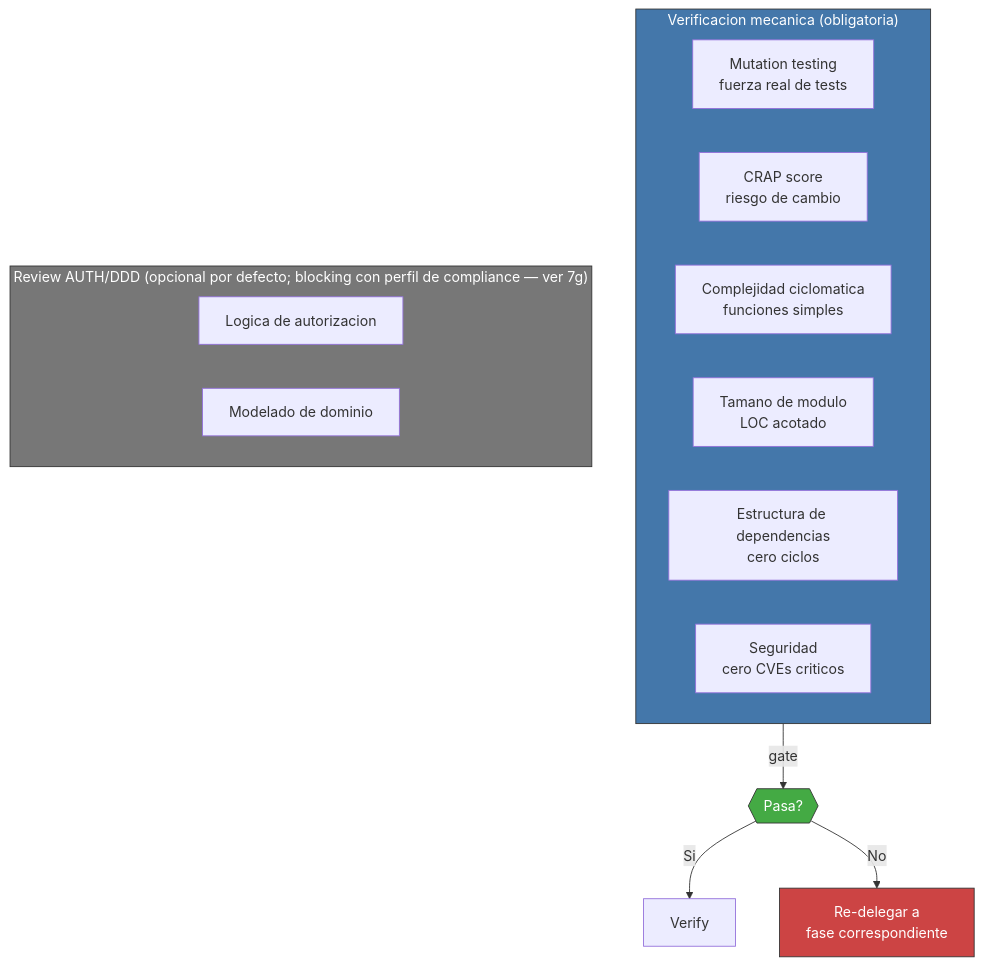
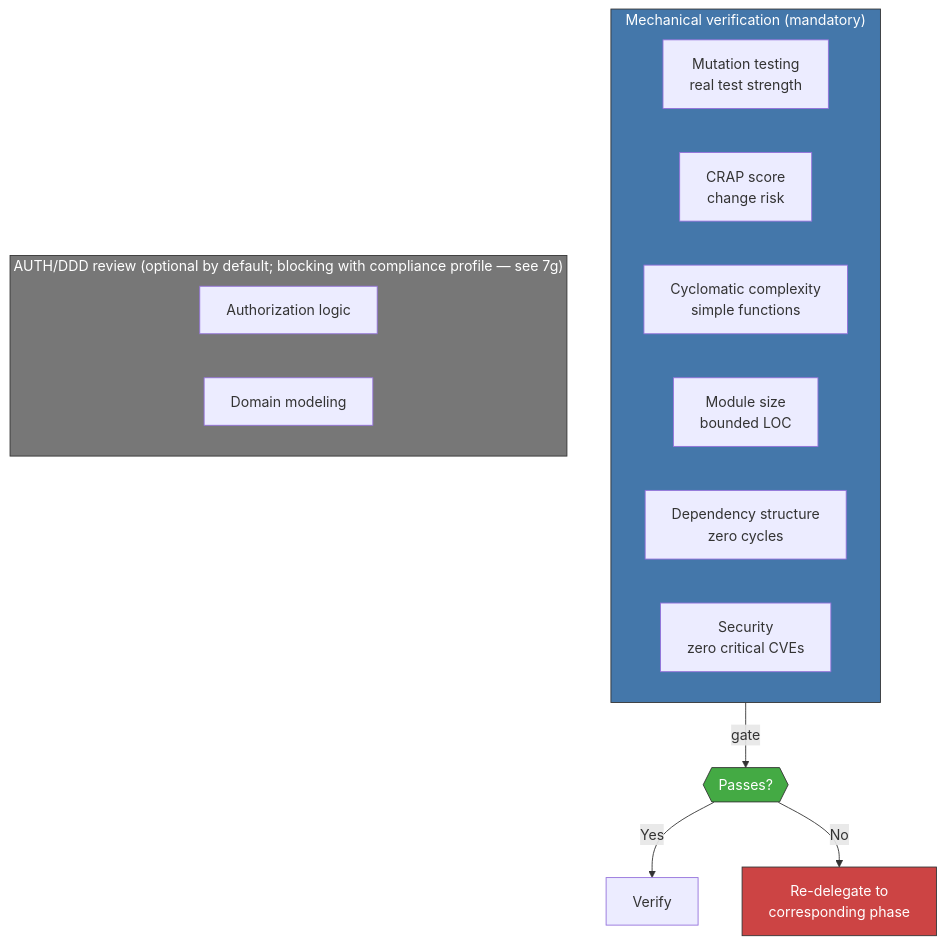
One commit to virgenherrera/virgil changed the diagram in principia/sections/32-mechanical-verification.md. Above: the diagram before and after it, drawn with Mermaid. The commit also changed other lines of this file and 42 other files, not shown here.

````diff
--- a/principia/sections/32-mechanical-verification.md
+++ b/principia/sections/32-mechanical-verification.md
@@ -35,25 +35,25 @@
 ```mermaid
 flowchart TD
-    subgraph MECANICO["Verificacion mecanica (obligatoria)"]
-        MUT["Mutation testing\nfuerza real de tests"]
-        CRAP["CRAP score\nriesgo de cambio"]
-        CYCL["Complejidad ciclomatica\nfunciones simples"]
-        SIZE["Tamano de modulo\nLOC acotado"]
-        DEPS["Estructura de dependencias\ncero ciclos"]
-        SEC["Seguridad\ncero CVEs criticos"]
+    subgraph MECANICO["Mechanical verification (mandatory)"]
+        MUT["Mutation testing\nreal test strength"]
+        CRAP["CRAP score\nchange risk"]
+        CYCL["Cyclomatic complexity\nsimple functions"]
+        SIZE["Module size\nbounded LOC"]
+        DEPS["Dependency structure\nzero cycles"]
+        SEC["Security\nzero critical CVEs"]
     end
 
-    subgraph RESIDUAL["Review AUTH/DDD (opcional por defecto; blocking con perfil de compliance — ver 7g)"]
-        AUTH["Logica de autorizacion"]
-        DDD["Modelado de dominio"]
+    subgraph RESIDUAL["AUTH/DDD review (optional by default; blocking with compliance profile — see 7g)"]
+        AUTH["Authorization logic"]
+        DDD["Domain modeling"]
     end
 
-    MECANICO -->|"gate"| PASS{{"Pasa?"}}
-    PASS -->|"Si"| VERIFY["Verify"]
-    PASS -->|"No"| BACK["Re-delegar a\nfase correspondiente"]
+    MECANICO -->|"gate"| PASS{{"Passes?"}}
+    PASS -->|"Yes"| VERIFY["Verify"]
+    PASS -->|"No"| BACK["Re-delegate to\ncorresponding phase"]
 
     style MECANICO fill:#47a,stroke:#333,color:#fff
     style RESIDUAL fill:#777,stroke:#333,color:#fff
     style PASS fill:#4a4,stroke:#333,color:#fff
     style BACK fill:#c44,stroke:#333,color:#fff
 ```
````
